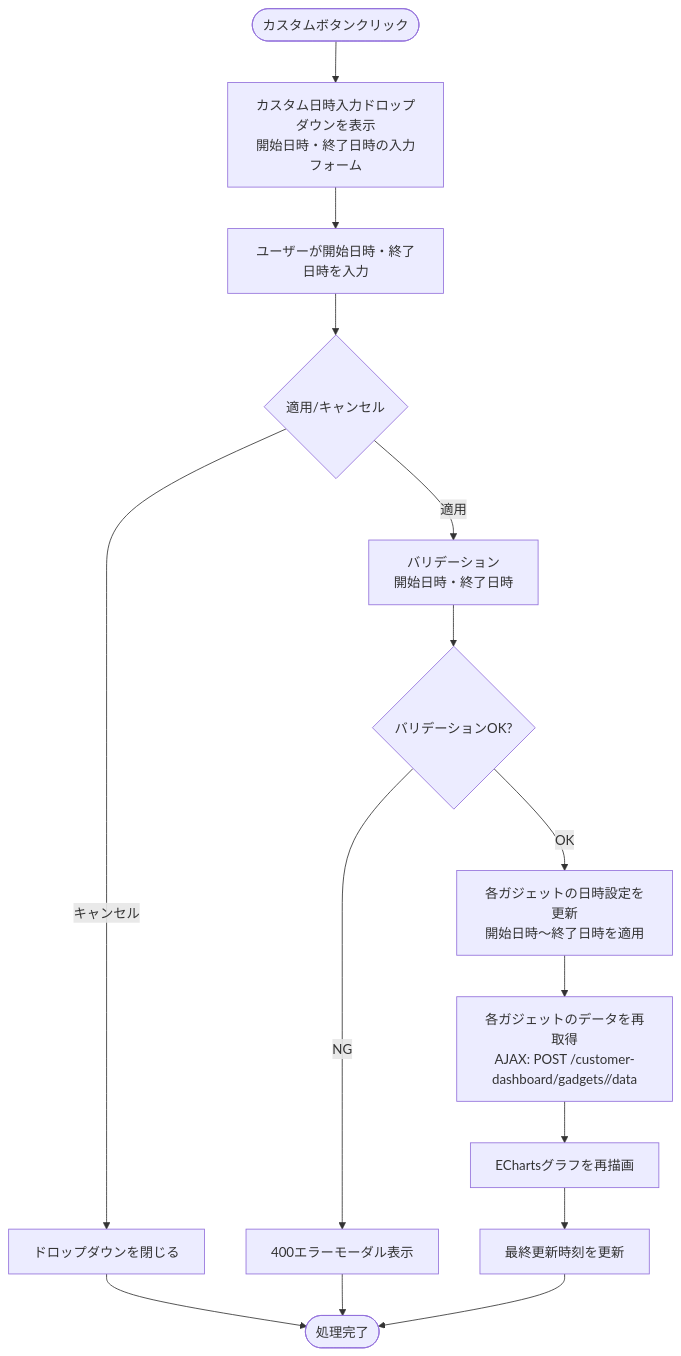
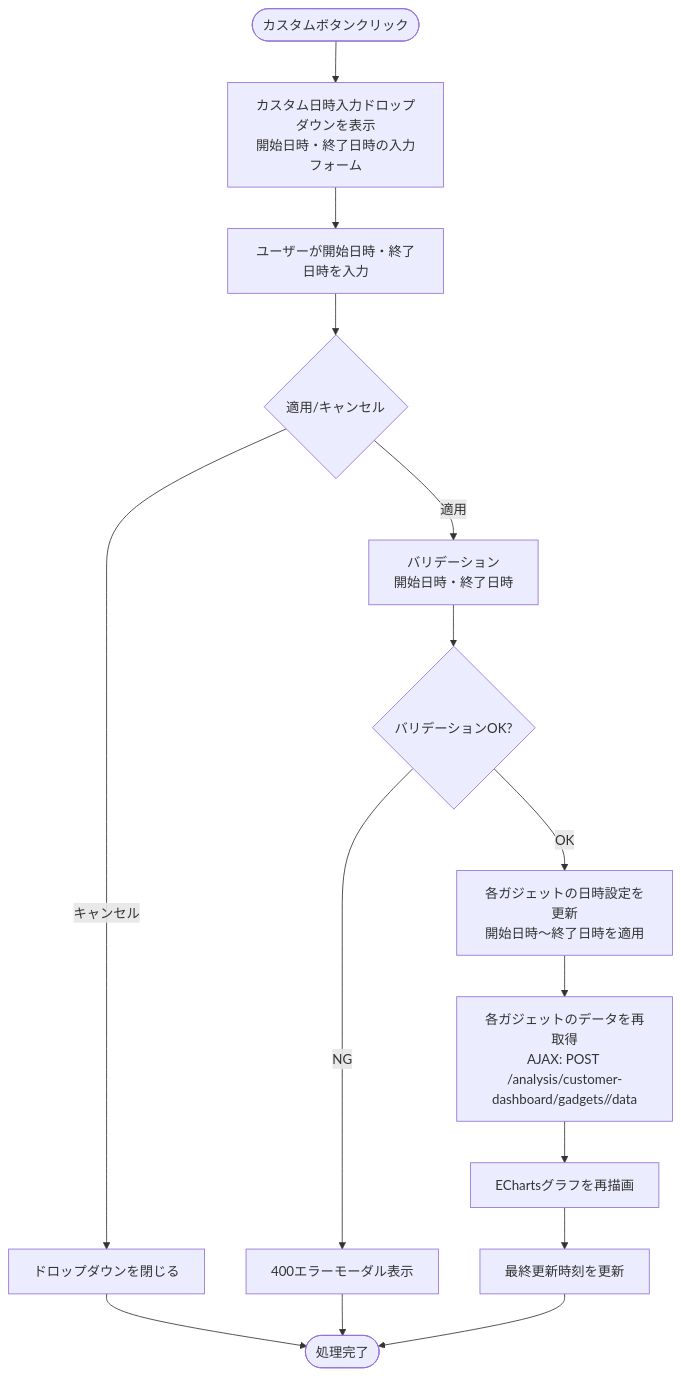
Diagram 12 of 15 in docs/03-features/flask-app/customer-dashboard/common/workflow-specification.md (NSW-SVCP-AIWG002/Databricks-IoT), drawn with Mermaid before and after one commit. The commit also changed other lines of this file and 5 other files, not shown here.

````diff
--- a/docs/03-features/flask-app/customer-dashboard/common/workflow-specification.md
+++ b/docs/03-features/flask-app/customer-dashboard/common/workflow-specification.md
@@ -2195,20 +2195,20 @@
 ```mermaid
 flowchart TD
     Start([カスタムボタンクリック]) --> ShowDropdown[カスタム日時入力ドロップダウンを表示<br>開始日時・終了日時の入力フォーム]
     ShowDropdown --> Input[ユーザーが開始日時・終了日時を入力]
     Input --> CheckApply{適用/キャンセル}
     CheckApply -->|キャンセル| CloseDropdown[ドロップダウンを閉じる]
 
     CheckApply -->|適用| Validate[バリデーション<br>開始日時・終了日時]
     Validate --> CheckValidate{バリデーションOK?}
     CheckValidate -->|NG| Error400[400エラーモーダル表示]
 
     CheckValidate -->|OK| UpdateGadgets[各ガジェットの日時設定を更新<br>開始日時～終了日時を適用]
-    UpdateGadgets --> FetchData[各ガジェットのデータを再取得<br>AJAX: POST /customer-dashboard/gadgets/<gadget_uuid>/data]
+    UpdateGadgets --> FetchData[各ガジェットのデータを再取得<br>AJAX: POST /analysis/customer-dashboard/gadgets/<gadget_uuid>/data]
     FetchData --> UpdateChart[EChartsグラフを再描画]
     UpdateChart --> UpdateTime[最終更新時刻を更新]
 
     UpdateTime --> End([処理完了])
     CloseDropdown --> End
     Error400 --> End
 ```
````
